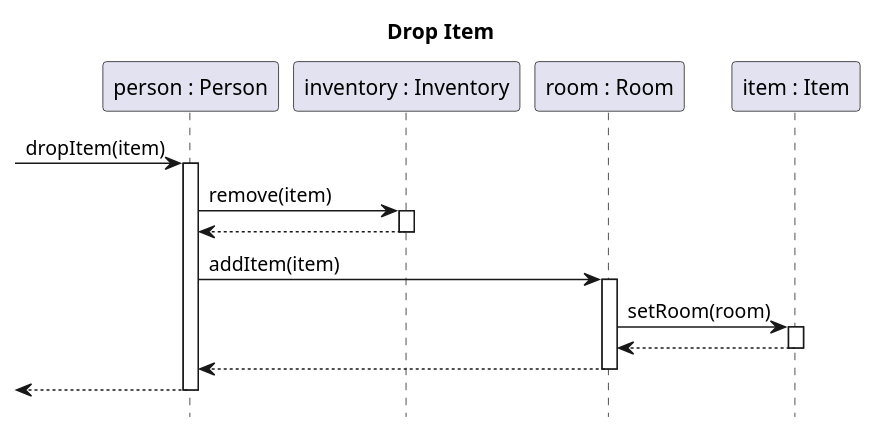
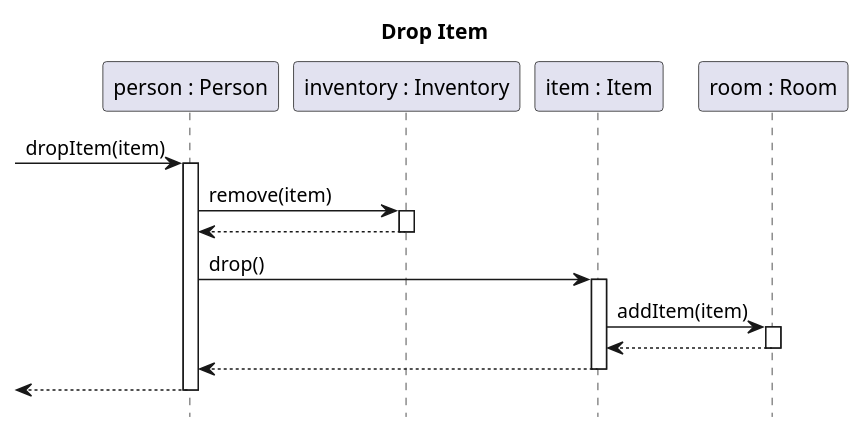
Before and after one commit to sn4k3ch4rm3r/logarlec: the diagram in docs/diagrams/sequence/person-drop-item.puml, drawn with PlantUML. The commit also changed 9 other files, not shown here.

```diff
--- a/docs/diagrams/sequence/person-drop-item.puml
+++ b/docs/diagrams/sequence/person-drop-item.puml
@@ -1,21 +1,21 @@
 @startuml person-drop-item
 
 title Drop Item
 hide footbox
 autoactivate on
 
 participant "person : Person" as person
 participant "inventory : Inventory" as inventory
+participant "item : Item" as item
 participant "room : Room" as room
-participant "item : Item" as item
 
 [-> person : dropItem(item)
 	person -> inventory : remove(item)
 	return
-	person -> room : addItem(item)
-		room -> item ++: setRoom(room)
+	person -> item ++ : drop()
+		item -> room ++: addItem(item)
 		return
 	return
 return
 
 @enduml
```
